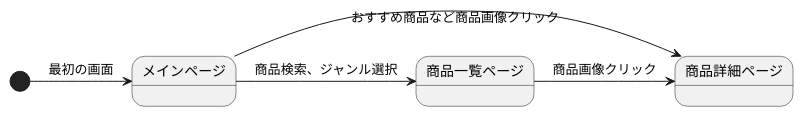
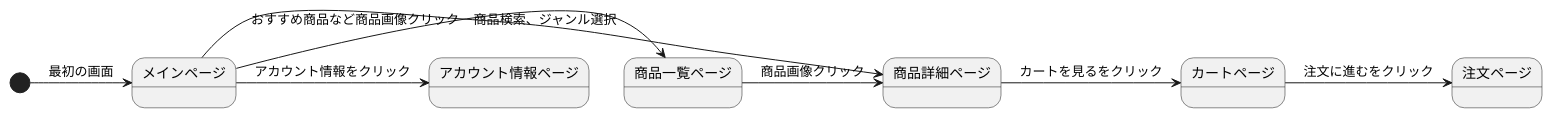
Before and after one commit to Aso2001385/2021sys-design: the first of 2 diagrams in orcashop/StateMachine.md, drawn with PlantUML.

````diff
--- a/orcashop/StateMachine.md
+++ b/orcashop/StateMachine.md
@@ -1,11 +1,13 @@
 ```uml
 @startuml
 
 [*] -> メインページ: 最初の画面
 メインページ -> 商品一覧ページ: 商品検索、ジャンル選択
 メインページ -> 商品詳細ページ: おすすめ商品など商品画像クリック
 商品一覧ページ -> 商品詳細ページ: 商品画像クリック
-
+商品詳細ページ -> カートページ: カートを見るをクリック
+カートページ -> 注文ページ: 注文に進むをクリック
+メインページ -> アカウント情報ページ: アカウント情報をクリック
 
 @enduml
 ```
````
